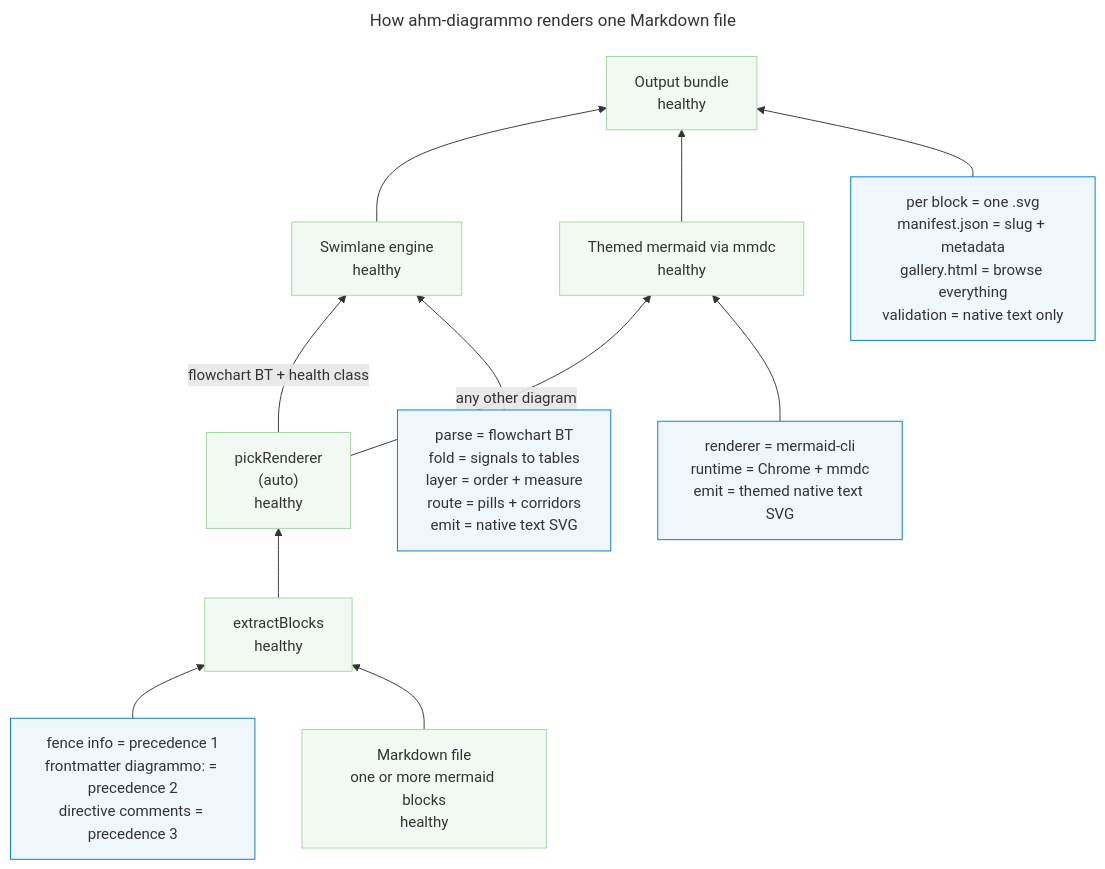
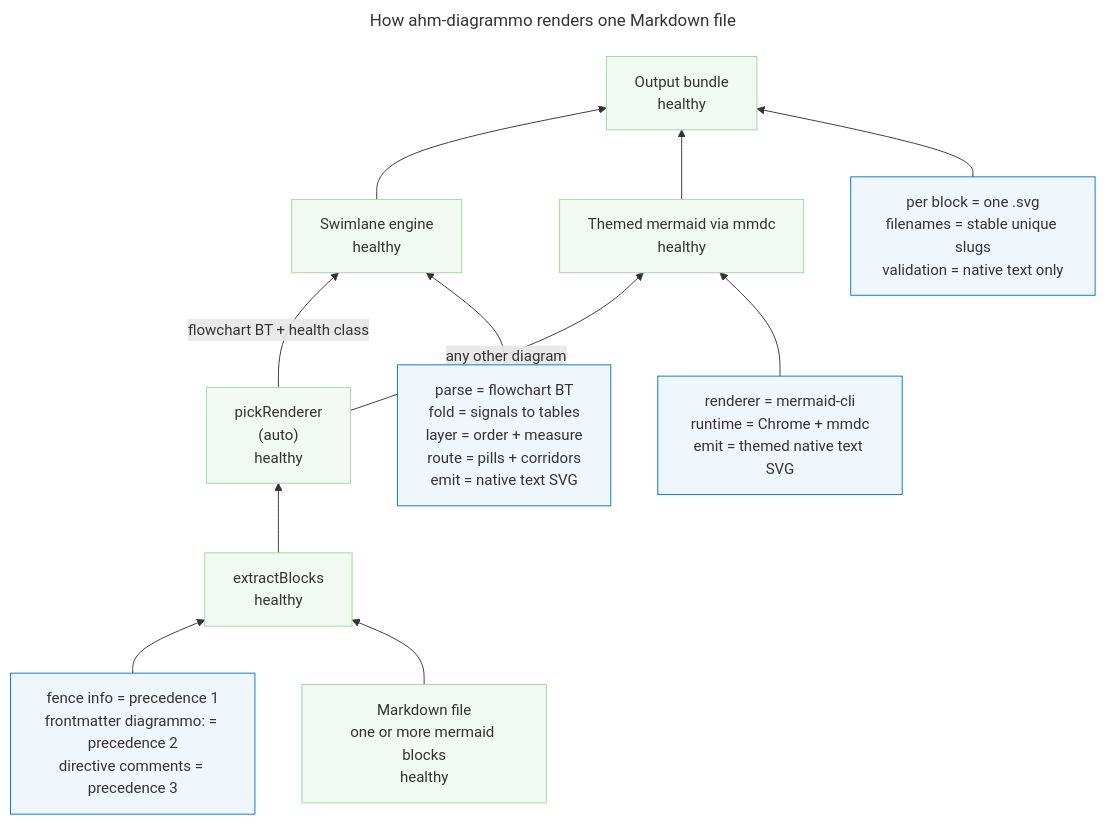
The diagram in docs/how-it-works.md (abossard/ahm-diagrammo), drawn with Mermaid before and after one commit. The commit also changed other lines of this file and 54 other files, not shown here.

First line of the commit message:
feat: improve diagram rendering and replay

````diff
--- a/docs/how-it-works.md
+++ b/docs/how-it-works.md
@@ -23,30 +22,30 @@
 ```mermaid
 ---
 title: How ahm-diagrammo renders one Markdown file
 diagrammo:
   name: how-it-works-pipeline
   theme: portal
   subtitle: Read bottom-up, from Markdown input to the output bundle.
   lanes: [Output bundle, Renderers, Selection, Extraction, Markdown input]
 ---
 flowchart BT
     channels["fence info = precedence 1<br/>frontmatter diagrammo: = precedence 2<br/>directive comments = precedence 3"] --> extract["extractBlocks<br/>healthy"]
     md["Markdown file<br/>one or more mermaid blocks<br/>healthy"] --> extract
 
     extract --> select["pickRenderer<br/>(auto)<br/>healthy"]
     select -->|"flowchart BT + health class"| swim["Swimlane engine<br/>healthy"]
     select -->|"any other diagram"| mmd["Themed mermaid via mmdc<br/>healthy"]
 
     swimStages["parse = flowchart BT<br/>fold = signals to tables<br/>layer = order + measure<br/>route = pills + corridors<br/>emit = native text SVG"] --> swim
     mmdRuntime["renderer = mermaid-cli<br/>runtime = Chrome + mmdc<br/>emit = themed native text SVG"] --> mmd
 
     swim --> out["Output bundle<br/>healthy"]
     mmd --> out
-    artifacts["per block = one .svg<br/>manifest.json = slug + metadata<br/>gallery.html = browse everything<br/>validation = native text only"] --> out
+    artifacts["per block = one .svg<br/>filenames = stable unique slugs<br/>validation = native text only"] --> out
 
     classDef blue fill:#eff6fc,stroke:#0078D4;
     classDef green fill:#f2f8f2,stroke:#a0d8a0;
     classDef amber fill:#fbf2e7,stroke:#db7500;
     class channels,swimStages,mmdRuntime,artifacts blue;
     class md,extract,select,swim,mmd,out green;
 ```
````
